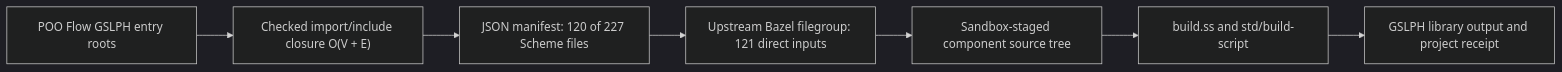
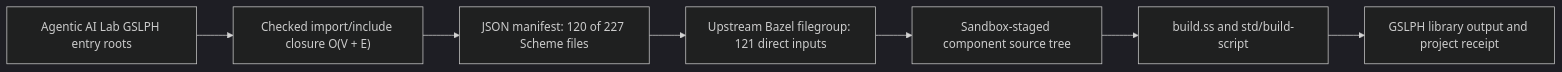
One commit to tao3k/gebril-yuanxu changed the diagram in module-system/design/147-adaptive-scheme-build-guard/05-cold-build-truth/05-gerbil-toolchain.org. Above: the diagram before and after it, drawn with Mermaid (dark theme). The commit also changed other lines of this file and 507 other files, not shown here.

```diff
--- a/module-system/design/147-adaptive-scheme-build-guard/05-cold-build-truth/05-gerbil-toolchain.org
+++ b/module-system/design/147-adaptive-scheme-build-guard/05-cold-build-truth/05-gerbil-toolchain.org
@@ -53,9 +53,9 @@
 #+begin_src mermaid
 flowchart LR
-  Roots["POO Flow GSLPH entry roots"] --> Closure["Checked import/include closure O(V + E)"]
+  Roots["Agentic AI Lab GSLPH entry roots"] --> Closure["Checked import/include closure O(V + E)"]
   Closure --> Manifest["JSON manifest: 120 of 227 Scheme files"]
   Manifest --> Filegroup["Upstream Bazel filegroup: 121 direct inputs"]
   Filegroup --> Stage["Sandbox-staged component source tree"]
   Stage --> Build["build.ss and std/build-script"]
   Build --> Library["GSLPH library output and project receipt"]
 #+end_src
```
